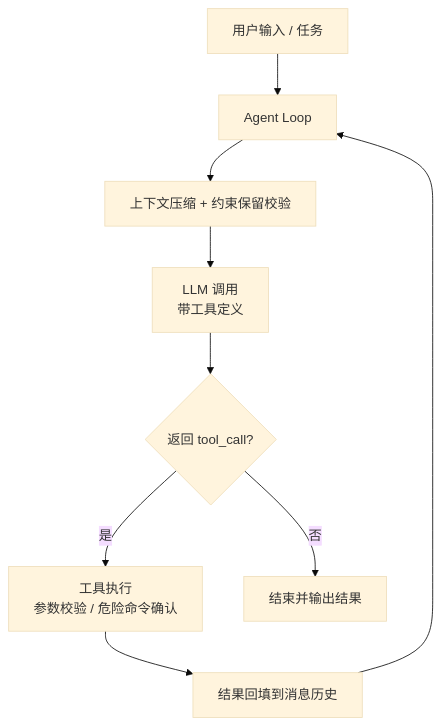
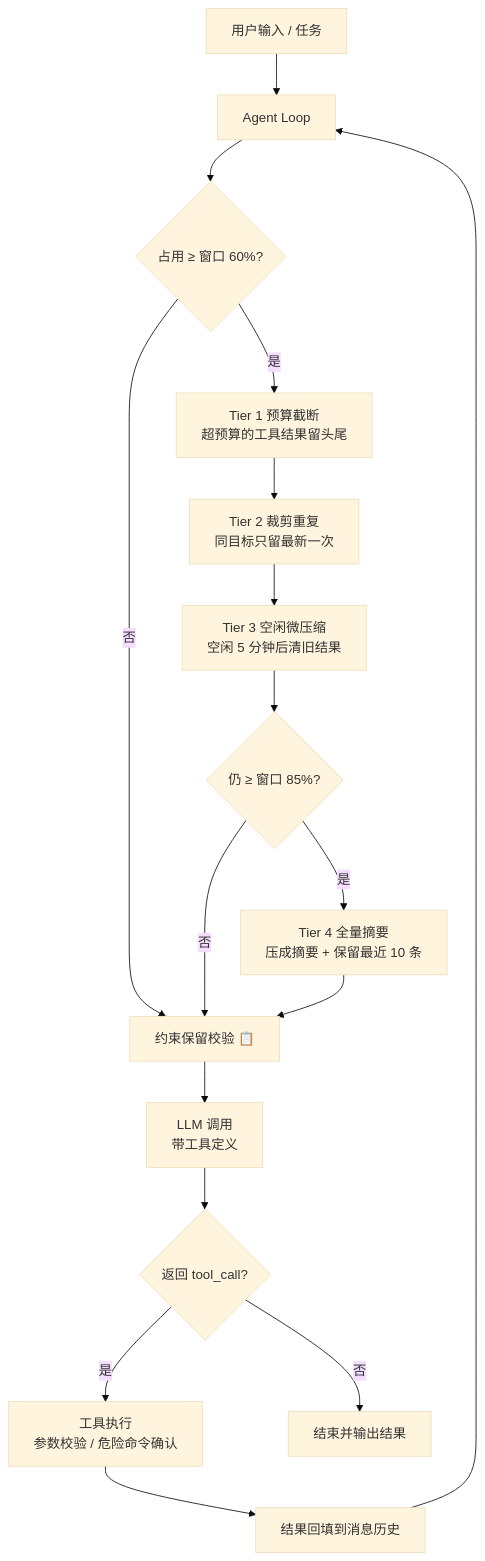
The second of 3 diagrams in docs/architecture.md (autumnieave/lite-coding-agent), drawn with Mermaid (base theme) before and after one commit. The commit also changed other lines of this file, not shown here.

Commit message:
docs: sync architecture with Day 3 compaction module

````diff
--- a/docs/architecture.md
+++ b/docs/architecture.md
@@ -44,11 +48,19 @@
 ```mermaid
 flowchart TD
     U[用户输入 / 任务] --> L[Agent Loop]
-    L --> P["上下文压缩 + 约束保留校验"]
-    P --> LM[LLM 调用<br/>带工具定义]
+    L --> G{"占用 ≥ 窗口 60%?"}
+    G -- 否 --> K
+    G -- 是 --> T1["Tier 1 预算截断<br/>超预算的工具结果留头尾"]
+    T1 --> T2["Tier 2 裁剪重复<br/>同目标只留最新一次"]
+    T2 --> T3["Tier 3 空闲微压缩<br/>空闲 5 分钟后清旧结果"]
+    T3 --> H{"仍 ≥ 窗口 85%?"}
+    H -- 是 --> T4["Tier 4 全量摘要<br/>压成摘要 + 保留最近 10 条"]
+    H -- 否 --> K["约束保留校验 📋"]
+    T4 --> K
+    K --> LM[LLM 调用<br/>带工具定义]
     LM --> Q{返回 tool_call?}
     Q -- 是 --> T[工具执行<br/>参数校验 / 危险命令确认]
     T --> R[结果回填到消息历史]
     R --> L
     Q -- 否 --> F[结束并输出结果]
 ```
````
